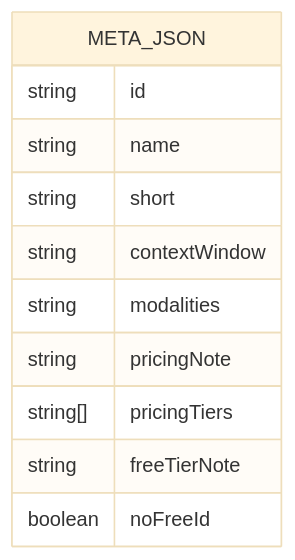
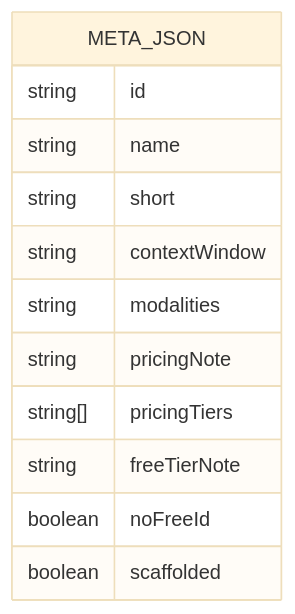
Before and after one commit to delirium-dj/modelcomp: the seventh of 17 diagrams in .qoder/repowiki/en/content/Data Management System/Data Management System.md, drawn with Mermaid (base theme). The commit also changed other lines of this file and 141 other files, not shown here.

````diff
--- a/.qoder/repowiki/en/content/Data Management System/Data Management System.md
+++ b/.qoder/repowiki/en/content/Data Management System/Data Management System.md
@@ -283,14 +289,15 @@
 ```mermaid
 erDiagram
 META_JSON {
 string id
 string name
 string short
 string contextWindow
 string modalities
 string pricingNote
 string[] pricingTiers
 string freeTierNote
 boolean noFreeId
+boolean scaffolded
 }
 ```
````
